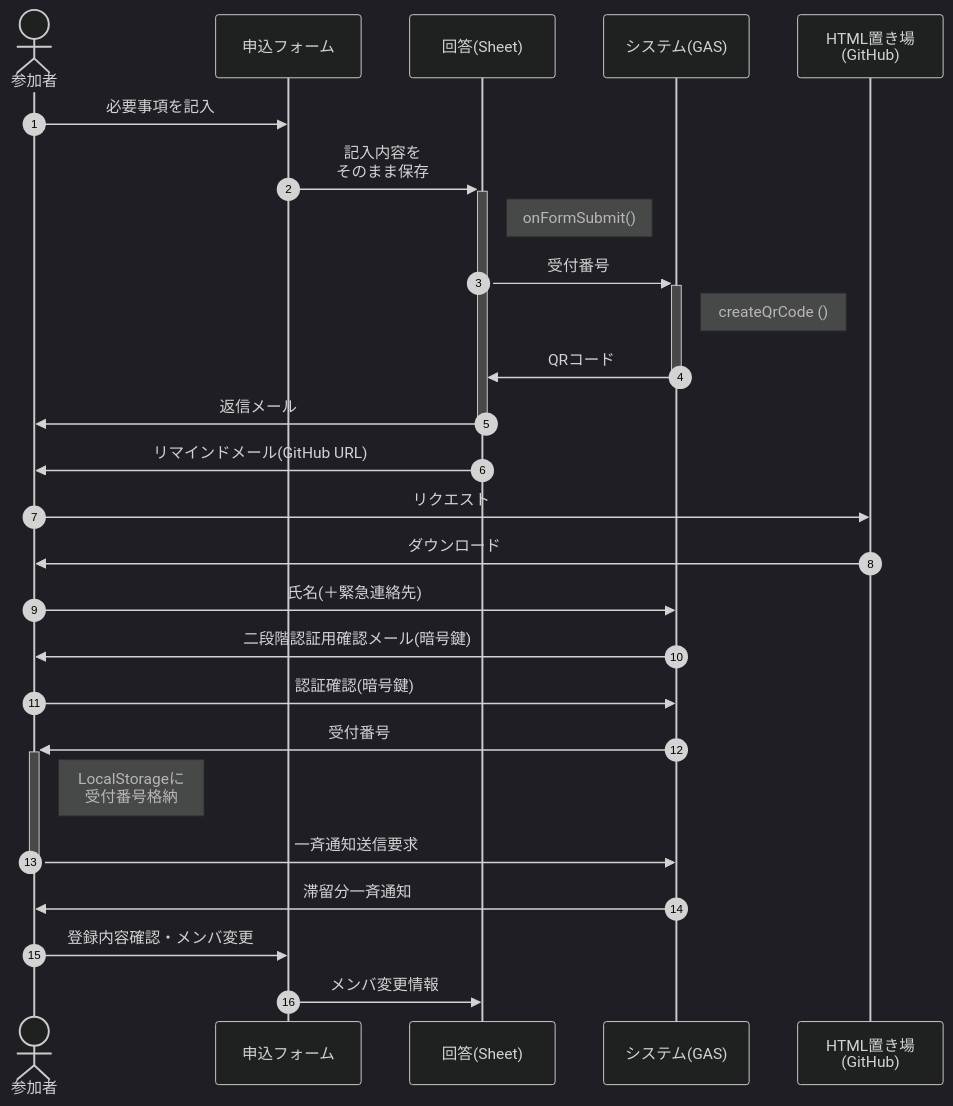
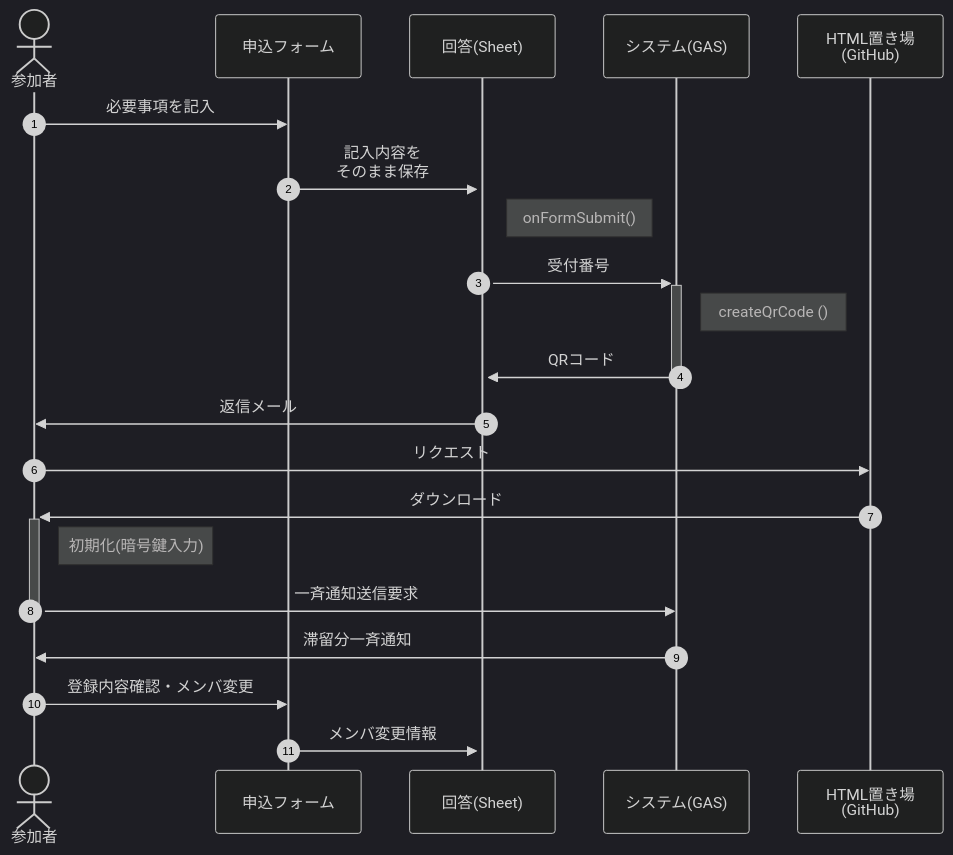
The second of 5 diagrams in README.md (nakaone/EventStaff), drawn with Mermaid (dark theme) before and after one commit. The commit also changed other lines of this file, not shown here.

````diff
--- a/README.md
+++ b/README.md
@@ -98,30 +98,25 @@
 ```mermaid
 
 sequenceDiagram
   autonumber
   actor guest as 参加者
   participant form as 申込フォーム
   participant answer as 回答(Sheet)
   participant gas as システム(GAS)
   participant git as HTML置き場<br>(GitHub)
 
   guest->>form    : 必要事項を記入
   form->>+answer   : 記入内容を<br>そのまま保存
   Note right of answer: onFormSubmit()
   answer->>+gas    : 受付番号
   Note right of gas: createQrCode ()
   gas->>-answer    : QRコード
-  answer->>-guest  : 返信メール
-  answer->>guest   : リマインドメール(GitHub URL)
+  answer->>guest  : 返信メール
   guest->>git      : リクエスト
-  git->>guest      : ダウンロード
-  guest->>gas      : 氏名(＋緊急連絡先)
-  gas->>guest     : 二段階認証用確認メール(暗号鍵)
-  guest->>gas      : 認証確認(暗号鍵)
-  gas->>+guest      : 受付番号
-  Note right of guest: LocalStorageに<br>受付番号格納
+  git->>+guest      : ダウンロード
+  Note right of guest: 初期化(暗号鍵入力)
   guest->>-gas     : 一斉通知送信要求
   gas->>guest      : 滞留分一斉通知
   guest->>form     : 登録内容確認・メンバ変更
   form->>answer    : メンバ変更情報
 ```
````
